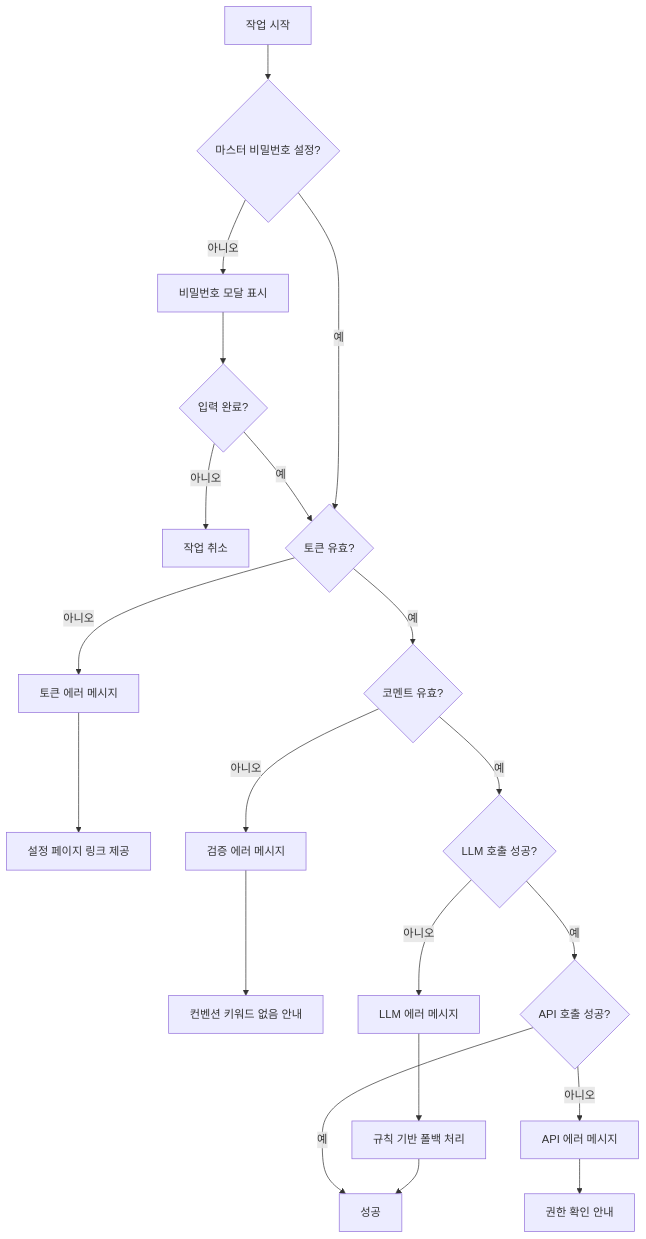
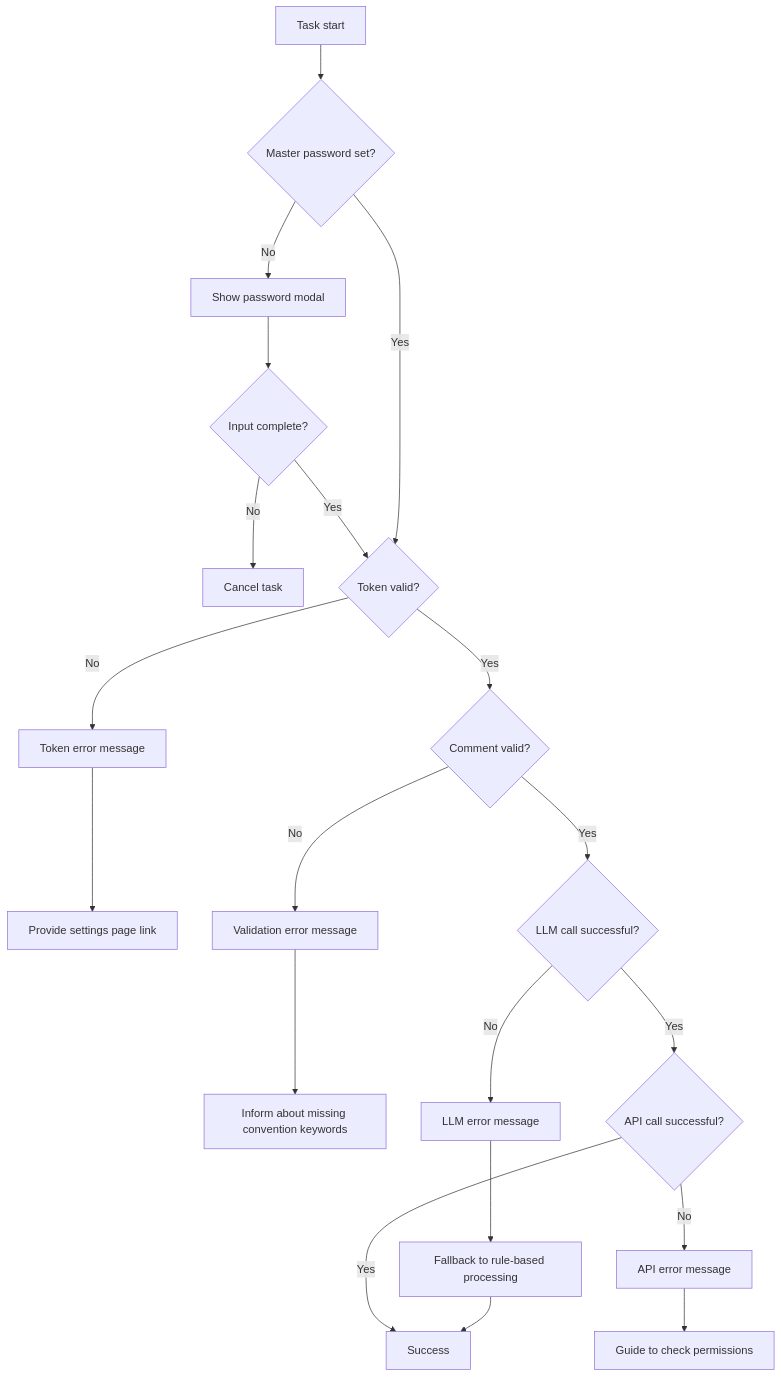
One commit to sunio00000/review-to-instruction changed the sixth of 6 diagrams in docs/USER_FLOWS.md. Above: the diagram before and after it, drawn with Mermaid. The commit also changed other lines of this file and 10 other files, not shown here.

````diff
--- a/docs/USER_FLOWS.md
+++ b/docs/USER_FLOWS.md
@@ -763,22 +763,22 @@
 ```mermaid
 flowchart TD
-    A[작업 시작] --> B{마스터 비밀번호 설정?}
-    B -->|아니오| C[비밀번호 모달 표시]
-    C --> D{입력 완료?}
-    D -->|아니오| E[작업 취소]
-    D -->|예| F{토큰 유효?}
-    B -->|예| F
-    F -->|아니오| G[토큰 에러 메시지]
-    G --> H[설정 페이지 링크 제공]
-    F -->|예| I{코멘트 유효?}
-    I -->|아니오| J[검증 에러 메시지]
-    J --> K[컨벤션 키워드 없음 안내]
-    I -->|예| L{LLM 호출 성공?}
-    L -->|아니오| M[LLM 에러 메시지]
-    M --> N[규칙 기반 폴백 처리]
-    L -->|예| O{API 호출 성공?}
-    O -->|아니오| P[API 에러 메시지]
-    P --> Q[권한 확인 안내]
-    O -->|예| R[성공]
+    A[Task start] --> B{Master password set?}
+    B -->|No| C[Show password modal]
+    C --> D{Input complete?}
+    D -->|No| E[Cancel task]
+    D -->|Yes| F{Token valid?}
+    B -->|Yes| F
+    F -->|No| G[Token error message]
+    G --> H[Provide settings page link]
+    F -->|Yes| I{Comment valid?}
+    I -->|No| J[Validation error message]
+    J --> K[Inform about missing convention keywords]
+    I -->|Yes| L{LLM call successful?}
+    L -->|No| M[LLM error message]
+    M --> N[Fallback to rule-based processing]
+    L -->|Yes| O{API call successful?}
+    O -->|No| P[API error message]
+    P --> Q[Guide to check permissions]
+    O -->|Yes| R[Success]
     N --> R
 ```
````
